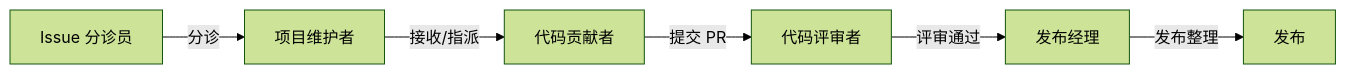
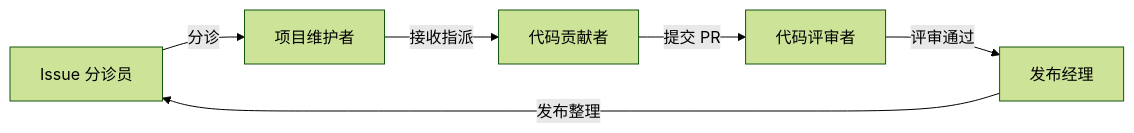
One commit to icylight/pi-tavern changed the fifth of 6 diagrams in README.md. Above: the diagram before and after it, drawn with Mermaid (forest theme). The commit also changed other lines of this file and 1 other file, not shown here.

Commit message:
docs(readme): 三图对齐 Dev 草案——安全审查加安全测试工程师回归验证回流、开源维护发布回流分诊、技术调研加立项节点（中英一致）

````diff
--- a/README.md
+++ b/README.md
@@ -100,8 +100,8 @@
 ```mermaid
 flowchart LR
-    TRI["Issue 分诊员"] -->|"分诊"| MT["项目维护者"]
-    MT -->|"接收/指派"| CT["代码贡献者"]
-    CT -->|"提交 PR"| RV["代码评审者"]
-    RV -->|"评审通过"| RM["发布经理"]
-    RM -->|"发布整理"| REL["发布"]
+    TR["Issue 分诊员"] -->|"分诊"| MT["项目维护者"]
+    MT -->|"接收指派"| CT["代码贡献者"]
+    CT -->|"提交 PR"| RW["代码评审者"]
+    RW -->|"评审通过"| RL["发布经理"]
+    RL -->|"发布整理"| TR
 ```
````
